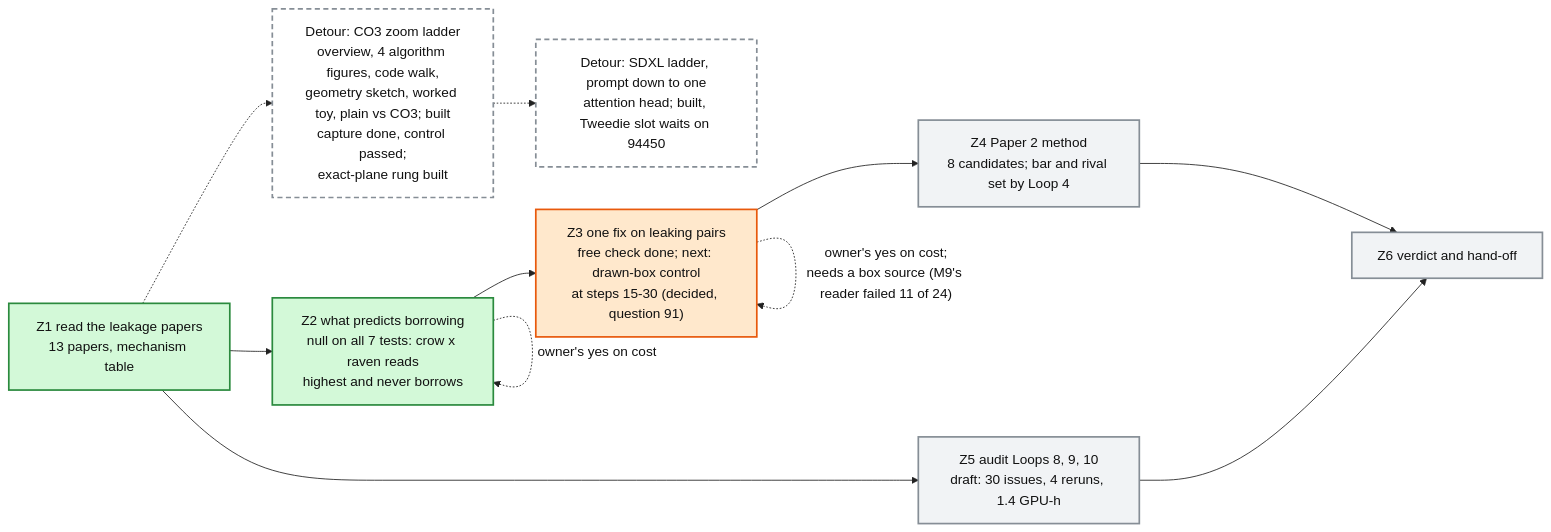
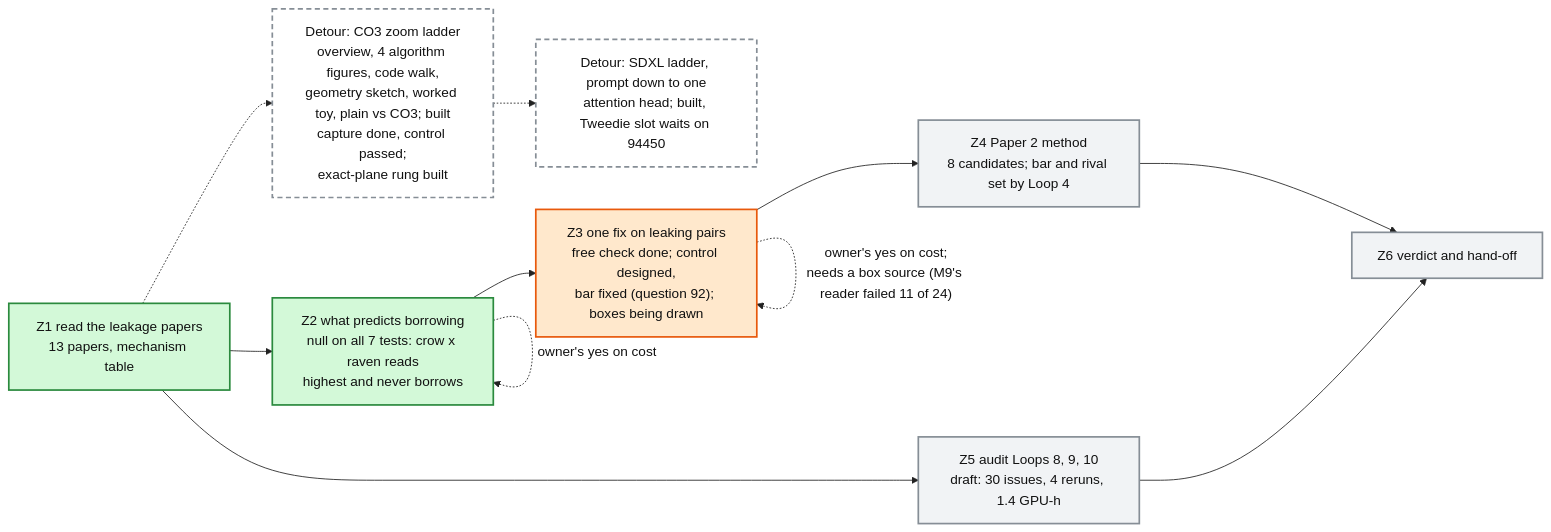
Before and after one commit to mo-rsa24/concept-composition: the diagram in artifacts/notes/progress/leakage/loop-12-progress.mmd, drawn with Mermaid. The commit also changed 1 other file, not shown here.

Commit message:
Loop 12 map: Z3 control designed

```diff
--- a/artifacts/notes/progress/leakage/loop-12-progress.mmd
+++ b/artifacts/notes/progress/leakage/loop-12-progress.mmd
@@ -1,20 +1,20 @@
 %%{init: {'theme': 'base', 'themeVariables': {'fontFamily': 'monospace', 'primaryColor': '#ffffff', 'primaryBorderColor': '#222222', 'primaryTextColor': '#111111', 'lineColor': '#222222'}}}%%
 flowchart LR
   Z1["Z1 read the leakage papers<br/>13 papers, mechanism table"]:::done
   Z2["Z2 what predicts borrowing<br/>null on all 7 tests: crow x raven reads<br/>highest and never borrows"]:::done
-  Z3["Z3 one fix on leaking pairs<br/>free check done; next: drawn-box control<br/>at steps 15-30 (decided, question 91)"]:::doing
+  Z3["Z3 one fix on leaking pairs<br/>free check done; control designed,<br/>bar fixed (question 92); boxes being drawn"]:::doing
   Z4["Z4 Paper 2 method<br/>8 candidates; bar and rival set by Loop 4"]:::todo
   Z5["Z5 audit Loops 8, 9, 10<br/>draft: 30 issues, 4 reruns, 1.4 GPU-h"]:::todo
   Z6["Z6 verdict and hand-off"]:::todo
   LAD["Detour: CO3 zoom ladder<br/>overview, 4 algorithm figures, code walk,<br/>geometry sketch, worked toy, plain vs CO3; built<br/>capture done, control passed;<br/>exact-plane rung built"]:::detour
   Z1 -.-> LAD
   SDX["Detour: SDXL ladder, prompt down to one<br/>attention head; built, Tweedie slot waits on 94450"]:::detour
   LAD -.-> SDX
   Z1 --> Z2 --> Z3 --> Z4 --> Z6
   Z1 --> Z5 --> Z6
   Z2 -. "owner's yes on cost" .-> Z2
   Z3 -. "owner's yes on cost;<br/>needs a box source (M9's reader failed 11 of 24)" .-> Z3
   classDef done fill:#d3f9d8,stroke:#2b8a3e,stroke-width:2px
   classDef doing fill:#ffe8cc,stroke:#e8590c,stroke-width:2px
   classDef detour fill:#ffffff,stroke:#868e96,stroke-width:2px,stroke-dasharray: 6 4
   classDef todo fill:#f1f3f5,stroke:#868e96,stroke-width:2px
```
